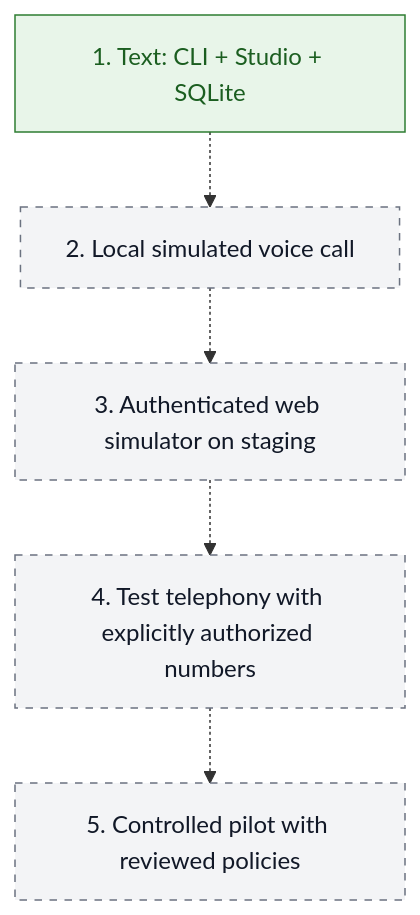
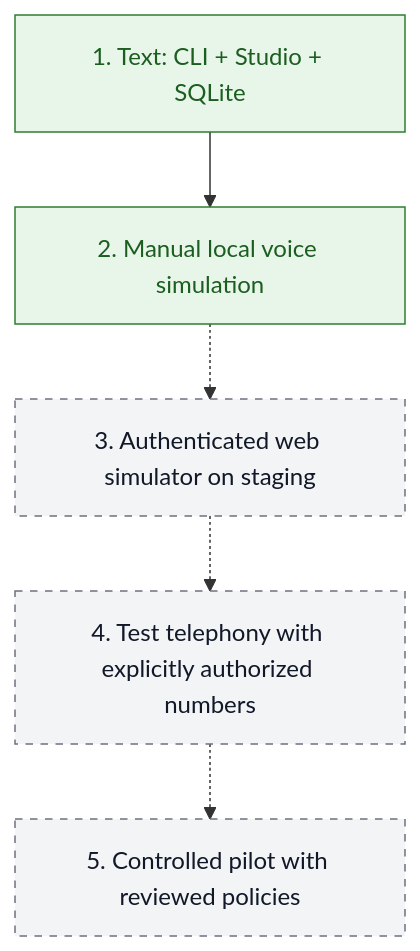
Before and after one commit to sergiomorapardo/AgenticDebtCollection: the first of 2 diagrams in docs/ROADMAP.md, drawn with Mermaid. The commit also changed other lines of this file and 4 other files, not shown here.

Commit message:
docs(voice): document setup and verified simulation boundaries

````diff
--- a/docs/ROADMAP.md
+++ b/docs/ROADMAP.md
@@ -5,11 +5,11 @@
 ```mermaid
 flowchart TD
-    A[1. Text: CLI + Studio + SQLite] -.-> B[2. Local simulated voice call]
+    A[1. Text: CLI + Studio + SQLite] --> B[2. Manual local voice simulation]
     B -.-> C[3. Authenticated web simulator on staging]
     C -.-> D[4. Test telephony with explicitly authorized numbers]
     D -.-> E[5. Controlled pilot with reviewed policies]
     classDef ready fill:#e8f5e9,stroke:#2e7d32,color:#1b5e20
     classDef planned fill:#f3f4f6,stroke:#6b7280,color:#111827,stroke-dasharray:5 5
-    class A ready
-    class B,C,D,E planned
+    class A,B ready
+    class C,D,E planned
 ```
````
